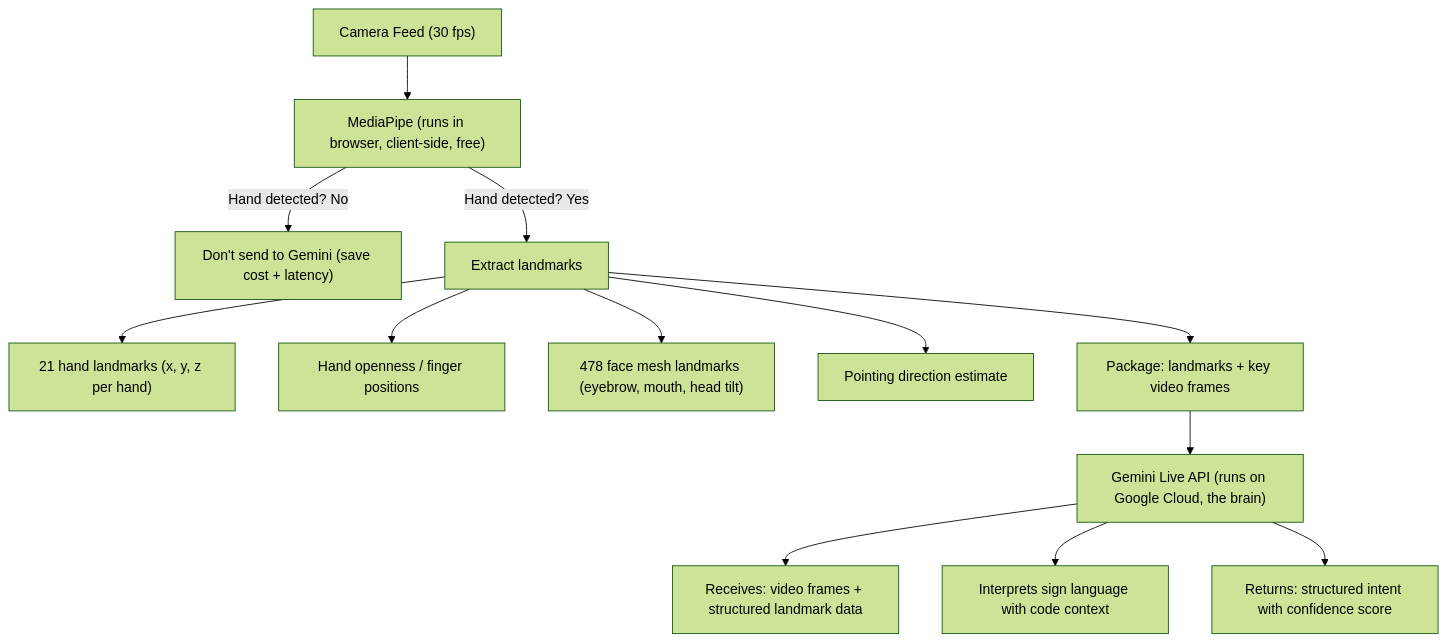
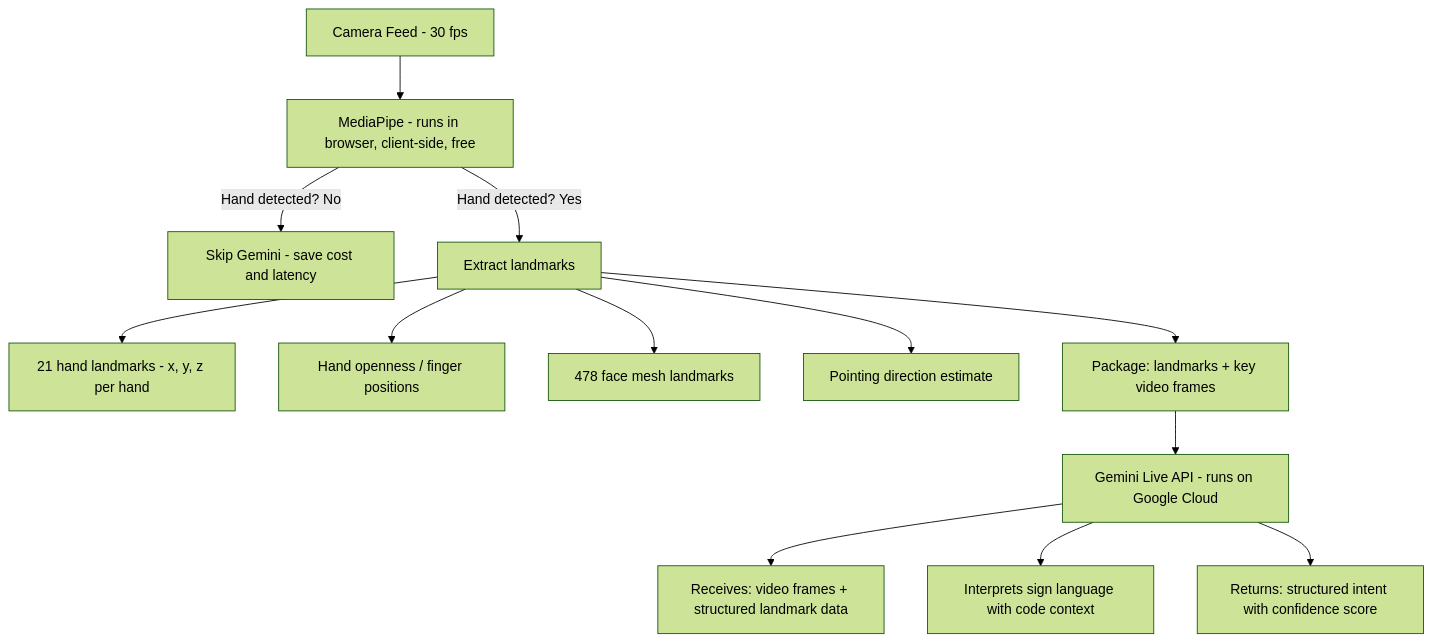
The first of 13 diagrams in docs/ARCHITECTURE.md (IndarKarhana/gemini-codebridge), drawn with Mermaid (forest theme) before and after one commit. The commit also changed other lines of this file and 5 other files, not shown here.

First line of the commit message:
fix: repair mermaid diagrams and remove .cursor directory

````diff
--- a/docs/ARCHITECTURE.md
+++ b/docs/ARCHITECTURE.md
@@ -164,15 +164,15 @@
 ```mermaid
 flowchart TD
-    A["Camera Feed (30 fps)"] --> B["MediaPipe (runs in browser, client-side, free)"]
-    B -->|Hand detected? No| C["Don't send to Gemini (save cost + latency)"]
+    A["Camera Feed - 30 fps"] --> B["MediaPipe - runs in browser, client-side, free"]
+    B -->|Hand detected? No| C["Skip Gemini - save cost and latency"]
     B -->|Hand detected? Yes| D["Extract landmarks"]
-    D --> D1["21 hand landmarks (x, y, z per hand)"]
+    D --> D1["21 hand landmarks - x, y, z per hand"]
     D --> D2["Hand openness / finger positions"]
-    D --> D3["478 face mesh landmarks (eyebrow, mouth, head tilt)"]
+    D --> D3["478 face mesh landmarks"]
     D --> D4["Pointing direction estimate"]
     D --> E["Package: landmarks + key video frames"]
-    E --> F["Gemini Live API (runs on Google Cloud, the brain)"]
+    E --> F["Gemini Live API - runs on Google Cloud"]
     F --> F1["Receives: video frames + structured landmark data"]
     F --> F2["Interprets sign language with code context"]
     F --> F3["Returns: structured intent with confidence score"]
 ```
````
